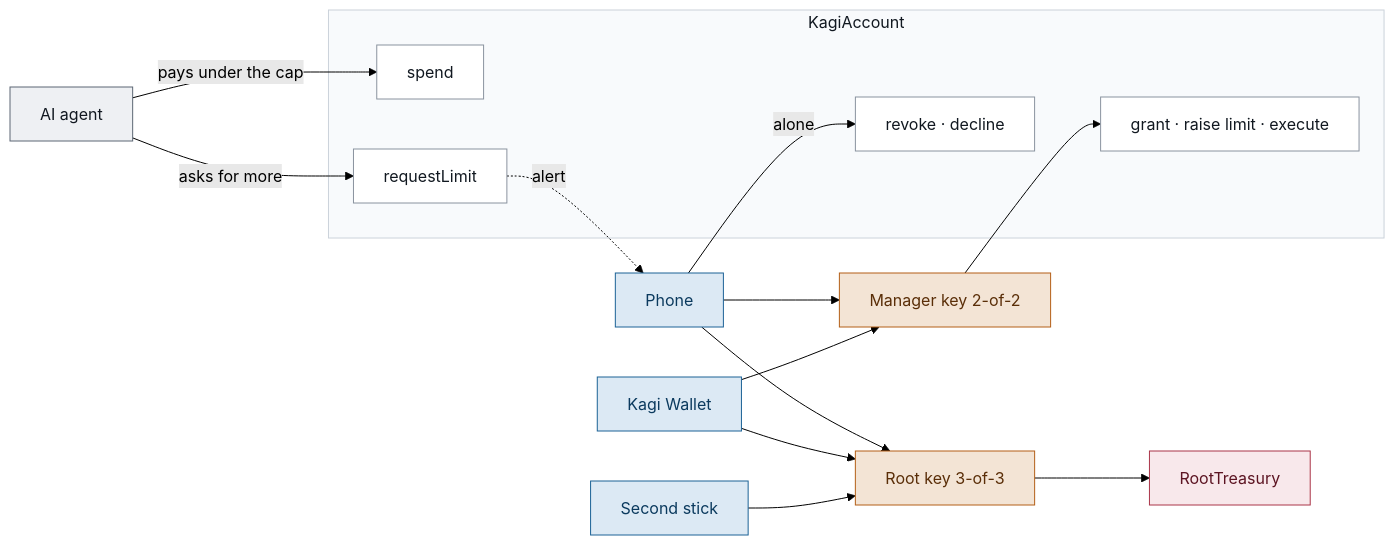
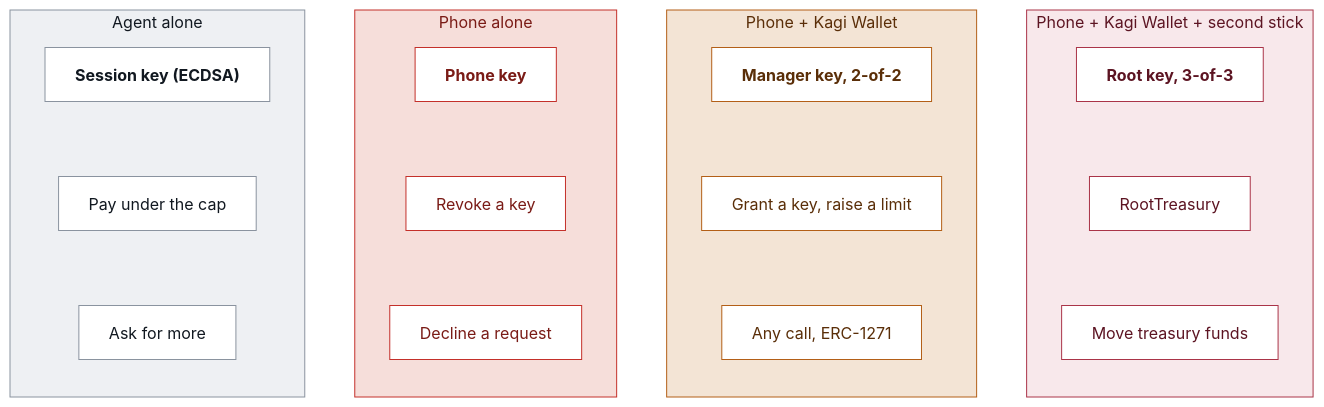
The diagram in docs/kagi-protocol.md (team-somehow/kagi-wallet), drawn with Mermaid (forest theme) before and after one commit. The commit also changed 1 other file, not shown here.

Commit message:
docs: lane diagrams (who can do what; pairing to unlocking)

````diff
--- a/docs/kagi-protocol.md
+++ b/docs/kagi-protocol.md
@@ -40,42 +40,35 @@
 ```mermaid
 flowchart LR
-    Agent["AI agent"]
-    Phone["Phone"]
-    Kagi["Kagi Wallet"]
-    Second["Second stick"]
+    subgraph L1["Agent alone"]
+        direction TB
+        a1["Session key (ECDSA)"] ~~~ a2["Pay under the cap"] ~~~ a3["Ask for more"]
+    end
+    subgraph L2["Phone alone"]
+        direction TB
+        b1["Phone key"] ~~~ b2["Revoke a key"] ~~~ b3["Decline a request"]
+    end
+    subgraph L3["Phone + Kagi Wallet"]
+        direction TB
+        c1["Manager key, 2-of-2"] ~~~ c2["Grant a key, raise a limit"] ~~~ c3["Any call, ERC-1271"]
+    end
+    subgraph L4["Phone + Kagi Wallet + second stick"]
+        direction TB
+        d1["Root key, 3-of-3"] ~~~ d2["RootTreasury"] ~~~ d3["Move treasury funds"]
+    end
+    L1 ~~~ L2 ~~~ L3 ~~~ L4
 
-    subgraph Account["KagiAccount"]
-        Spend["spend"]
-        Request["requestLimit"]
-        Admin["grant · raise limit · execute"]
-        Stop["revoke · decline"]
-    end
-
-    Manager["Manager key 2-of-2"]
-    Root["Root key 3-of-3"]
-    Treasury["RootTreasury"]
-
-    Agent -- "pays under the cap" --> Spend
-    Agent -- "asks for more" --> Request
-    Request -. "alert" .-> Phone
-    Phone --> Manager
-    Kagi --> Manager
-    Manager --> Admin
-    Phone -- "alone" --> Stop
-    Phone --> Root
-    Kagi --> Root
-    Second --> Root
-    Root --> Treasury
-
-    classDef agent fill:#EEF0F3,stroke:#5C6674,color:#111820
-    classDef device fill:#DCE9F4,stroke:#1C6296,color:#0B3A5E
-    classDef key fill:#F3E4D5,stroke:#B35F17,color:#5A2E08
-    classDef fn fill:#FFFFFF,stroke:#8A939F,color:#111820
-    classDef vault fill:#F8E8EB,stroke:#AA3448,color:#5C1422
-    class Agent agent
-    class Phone,Kagi,Second device
-    class Manager,Root key
-    class Spend,Request,Admin,Stop fn
-    class Treasury vault
-    style Account fill:#F8FAFC,stroke:#CBD2DA,color:#111820
+    classDef agent fill:#FFFFFF,stroke:#8A939F,color:#111820
+    classDef stop fill:#FFFFFF,stroke:#C4302A,color:#7A1B16
+    classDef human fill:#FFFFFF,stroke:#B35F17,color:#5A2E08
+    classDef root fill:#FFFFFF,stroke:#AA3448,color:#5C1422
+    classDef keybox font-weight:bold
+    class a1,a2,a3 agent
+    class b1,b2,b3 stop
+    class c1,c2,c3 human
+    class d1,d2,d3 root
+    class a1,b1,c1,d1 keybox
+    style L1 fill:#EEF0F3,stroke:#8A939F,color:#111820
+    style L2 fill:#F6DEDA,stroke:#C4302A,color:#7A1B16
+    style L3 fill:#F3E4D5,stroke:#B35F17,color:#5A2E08
+    style L4 fill:#F8E8EB,stroke:#AA3448,color:#5C1422
 ```
````
